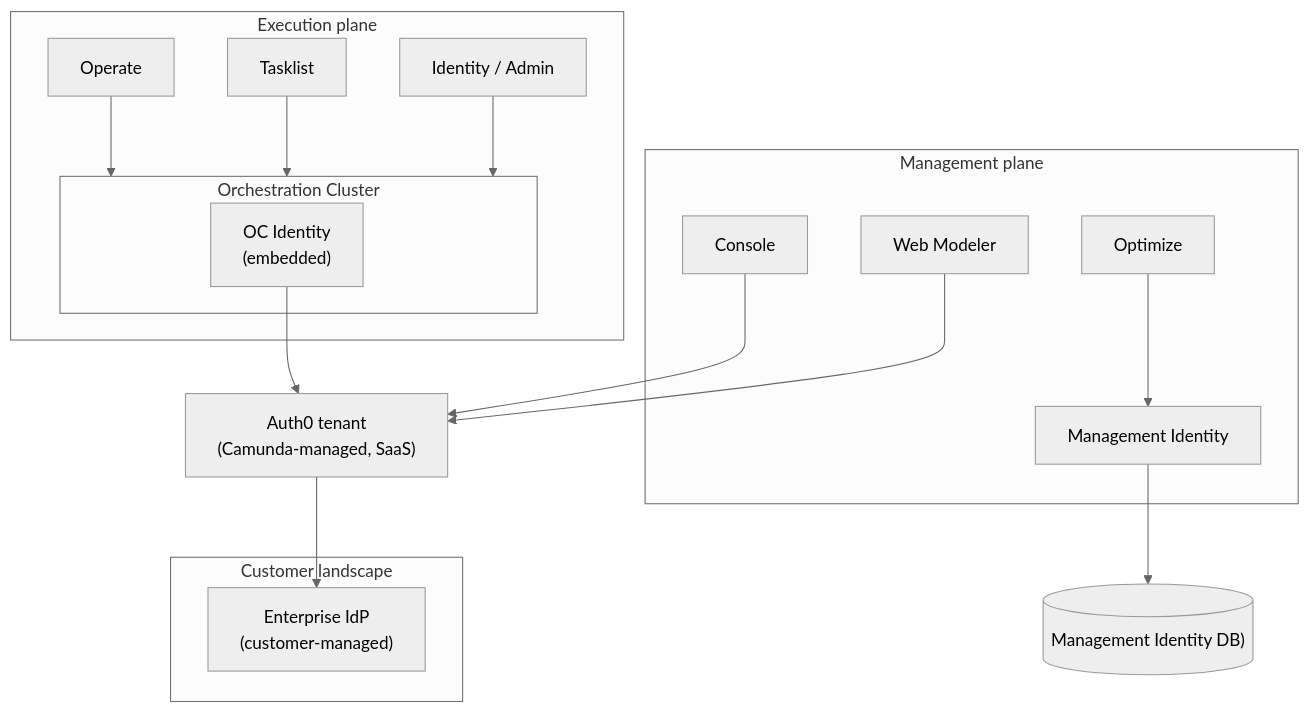
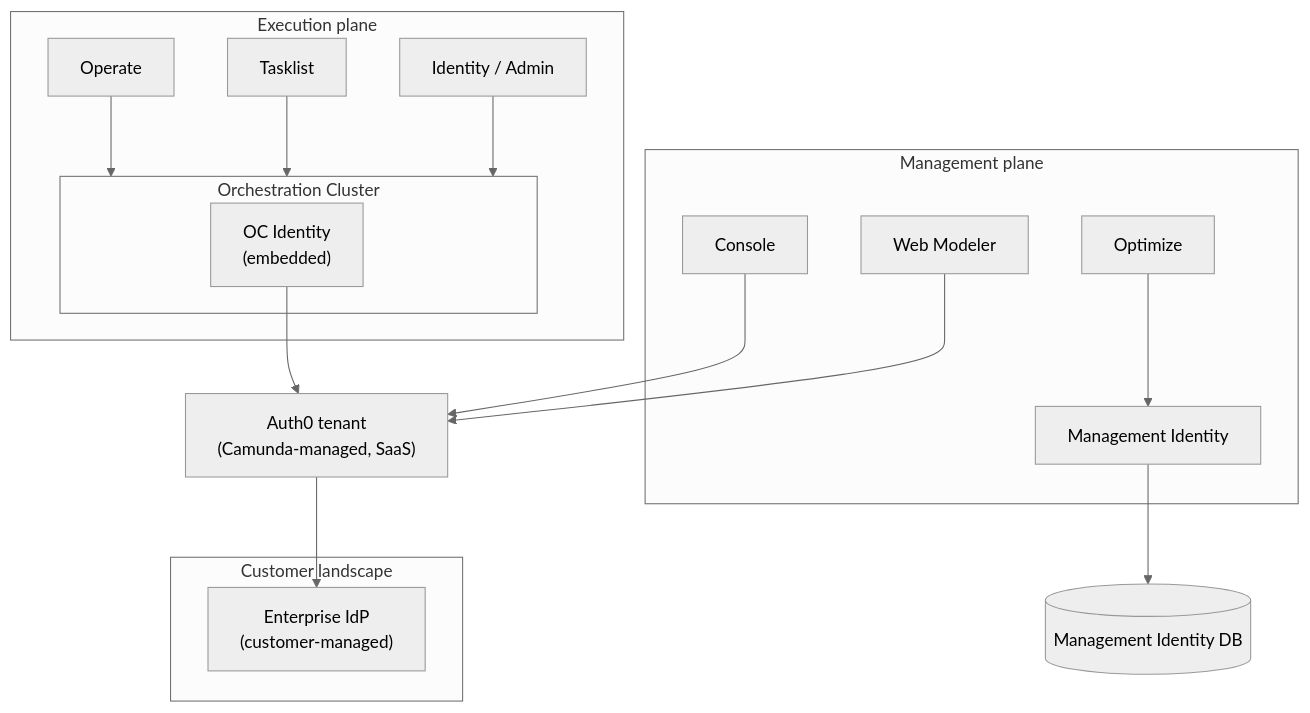
Before and after one commit to camunda/camunda-security-library: the first of 20 diagrams in docs/architecture_docs.md, drawn with Mermaid (neutral theme). The commit also changed other lines of this file and 7 other files, not shown here.

````diff
--- a/docs/architecture_docs.md
+++ b/docs/architecture_docs.md
@@ -93,34 +93,34 @@
 ```mermaid
 flowchart TB
   subgraph SaaS_Mgmt["Management plane"]
     ConsoleHub["Console"]
     WebModeler["Web Modeler"]
     Optimize["Optimize"] --> ManagementId["Management Identity"]
   end
 
   subgraph Execution["Execution plane"]
     Operate["Operate"]
     Tasklist["Tasklist"]
     Identity["Identity / Admin"]
 
     subgraph OC["Orchestration Cluster"]
       OCId["OC Identity</br>(embedded)"]
     end
   end
 
   subgraph Customer["Customer landscape"]
     CustIdP["Enterprise IdP</br>(customer-managed)"]
   end
 
   SaaSAuth0["Auth0 tenant</br>(Camunda-managed, SaaS)"]
   
-  ManagementIdDBUse[("Management Identity DB)")]
+  ManagementIdDBUse[("Management Identity DB")]
 
   ConsoleHub & WebModeler --> SaaSAuth0
   Operate & Tasklist & Identity  --> OC
 
   OCId --> SaaSAuth0
   SaaSAuth0 --> CustIdP
   
   ManagementId --> ManagementIdDBUse
 ```
````
